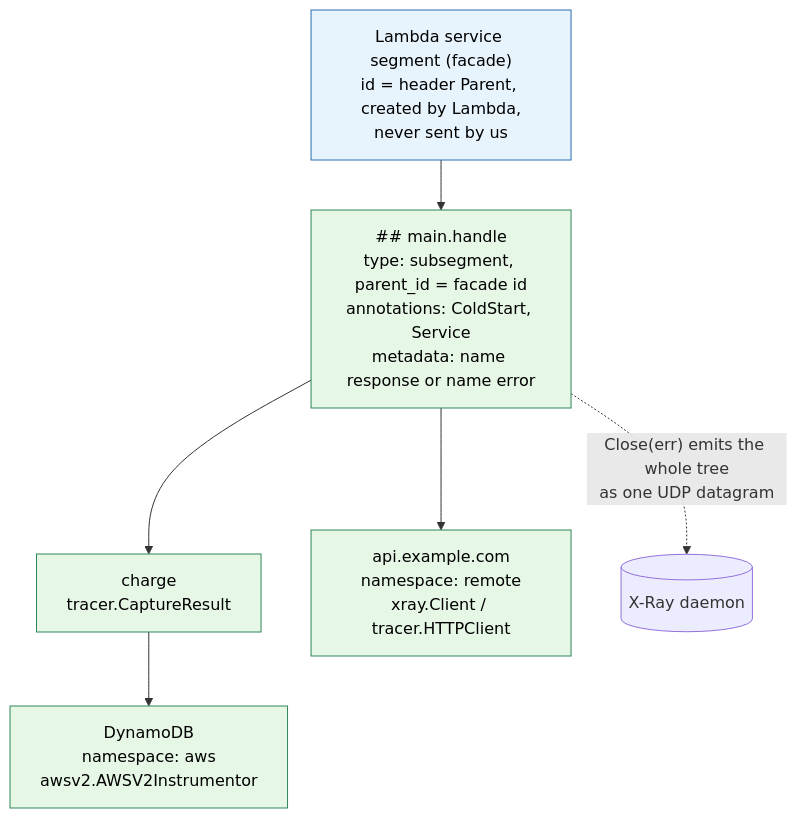
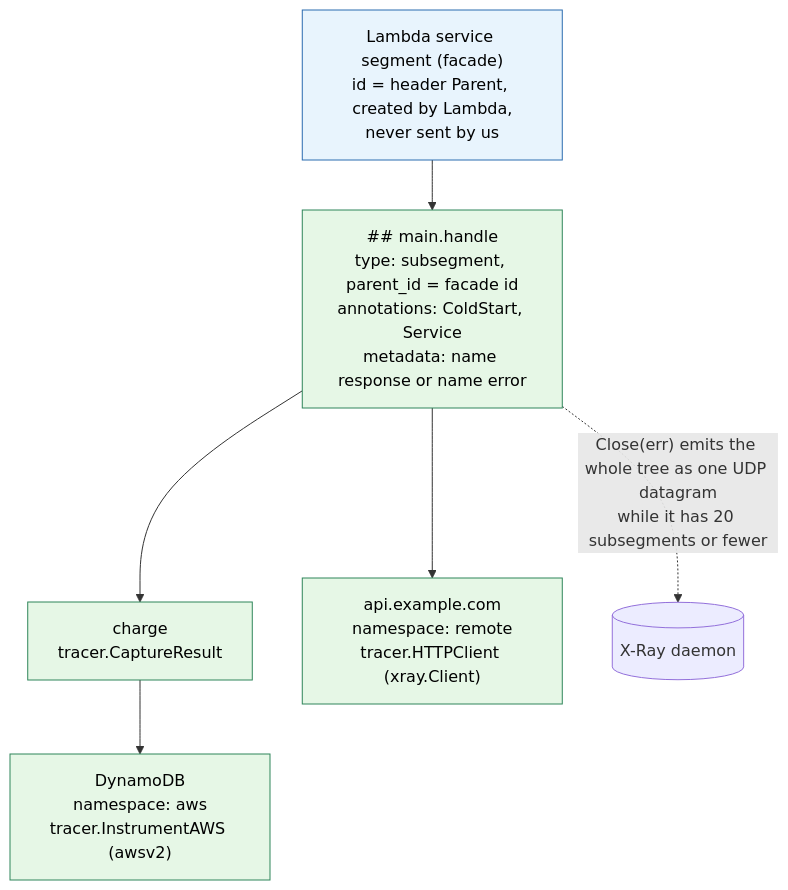
One commit to christiangda/powertools-lambda-go-plan changed the first of 4 diagrams in 04-tracer.md. Above: the diagram before and after it, drawn with Mermaid. The commit also changed other lines of this file and 11 other files, not shown here.

````diff
--- a/04-tracer.md
+++ b/04-tracer.md
@@ -41,17 +58,17 @@
 ```mermaid
 flowchart TB
   facade["Lambda service segment (facade)<br/>id = header Parent, created by Lambda,<br/>never sent by us"]
   h["## main.handle<br/>type: subsegment, parent_id = facade id<br/>annotations: ColdStart, Service<br/>metadata: name response or name error"]
   c["charge<br/>tracer.CaptureResult"]
-  ddb["DynamoDB<br/>namespace: aws<br/>awsv2.AWSV2Instrumentor"]
-  api["api.example.com<br/>namespace: remote<br/>xray.Client / tracer.HTTPClient"]
+  ddb["DynamoDB<br/>namespace: aws<br/>tracer.InstrumentAWS (awsv2)"]
+  api["api.example.com<br/>namespace: remote<br/>tracer.HTTPClient (xray.Client)"]
   facade --> h
   h --> c
   c --> ddb
   h --> api
-  h -. Close(err) emits the whole tree<br/>as one UDP datagram .-> daemon[("X-Ray daemon")]
+  h -. Close(err) emits the whole tree as one UDP datagram<br/>while it has 20 subsegments or fewer .-> daemon[("X-Ray daemon")]
   classDef lambda fill:#e8f4fd,stroke:#2b6cb0,color:#000;
   classDef ours fill:#e6f7e6,stroke:#2f855a,color:#000;
   class facade lambda;
   class h,c,ddb,api ours;
 ```
````
